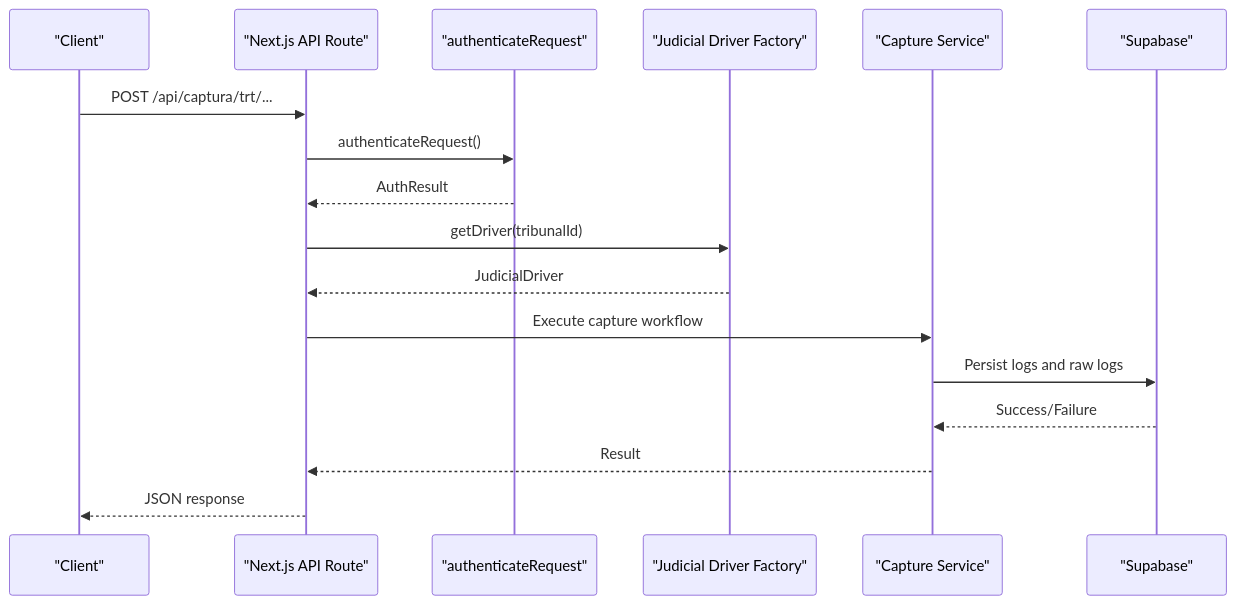
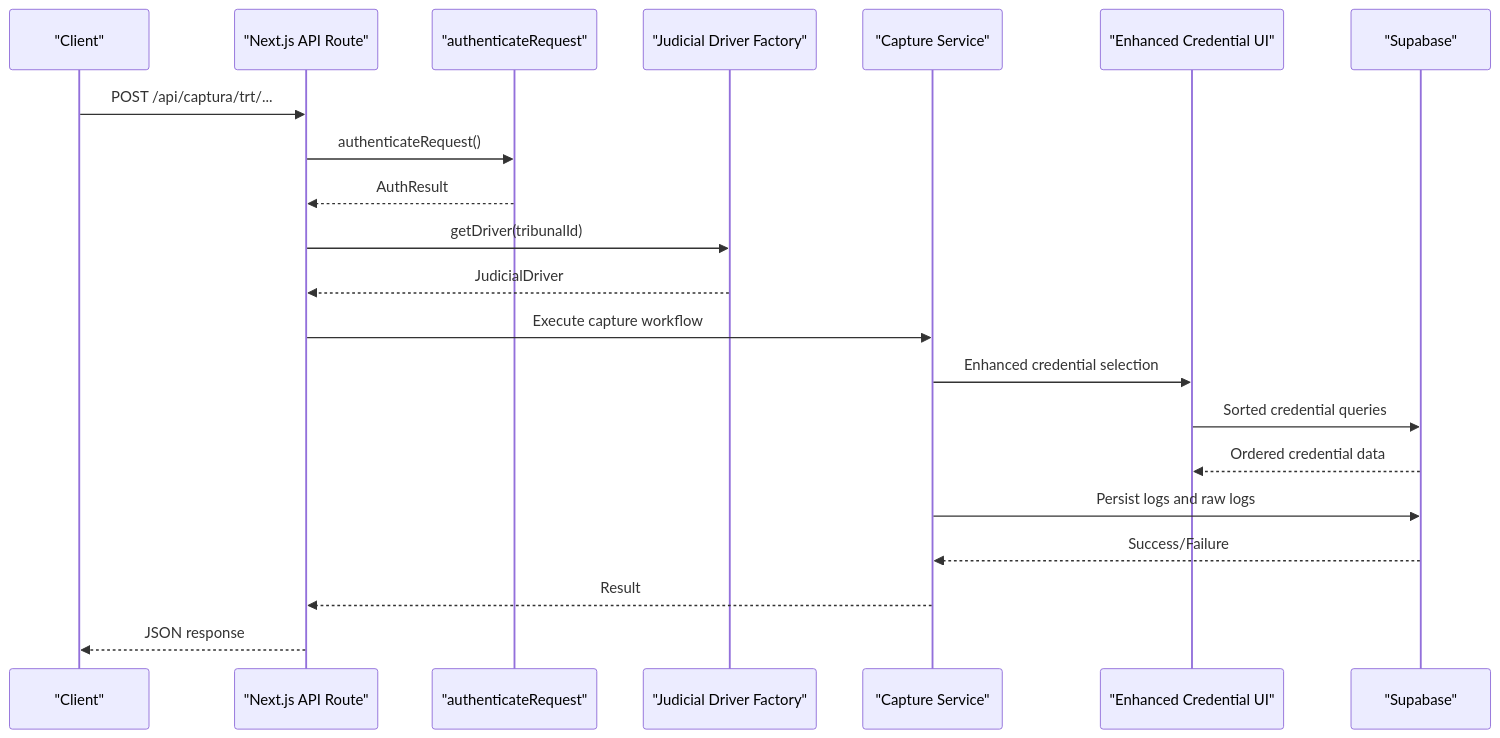
The second of 10 diagrams in .qoder/repowiki/en/content/API Reference/REST API Endpoints/Data Capture APIs.md (SinesysTech/zattar-os), drawn with Mermaid before and after one commit. The commit also changed other lines of this file and 3 other files, not shown here.

````diff
--- a/.qoder/repowiki/en/content/API Reference/REST API Endpoints/Data Capture APIs.md
+++ b/.qoder/repowiki/en/content/API Reference/REST API Endpoints/Data Capture APIs.md
@@ -139,19 +175,23 @@
 ```mermaid
 sequenceDiagram
 participant Client as "Client"
 participant API as "Next.js API Route"
 participant Auth as "authenticateRequest"
 participant Driver as "Judicial Driver Factory"
 participant Service as "Capture Service"
+participant UI as "Enhanced Credential UI"
 participant DB as "Supabase"
 Client->>API : POST /api/captura/trt/...
 API->>Auth : authenticateRequest()
 Auth-->>API : AuthResult
 API->>Driver : getDriver(tribunalId)
 Driver-->>API : JudicialDriver
 API->>Service : Execute capture workflow
+Service->>UI : Enhanced credential selection
+UI->>DB : Sorted credential queries
+DB-->>UI : Ordered credential data
 Service->>DB : Persist logs and raw logs
 DB-->>Service : Success/Failure
 Service-->>API : Result
 API-->>Client : JSON response
 ```
````
